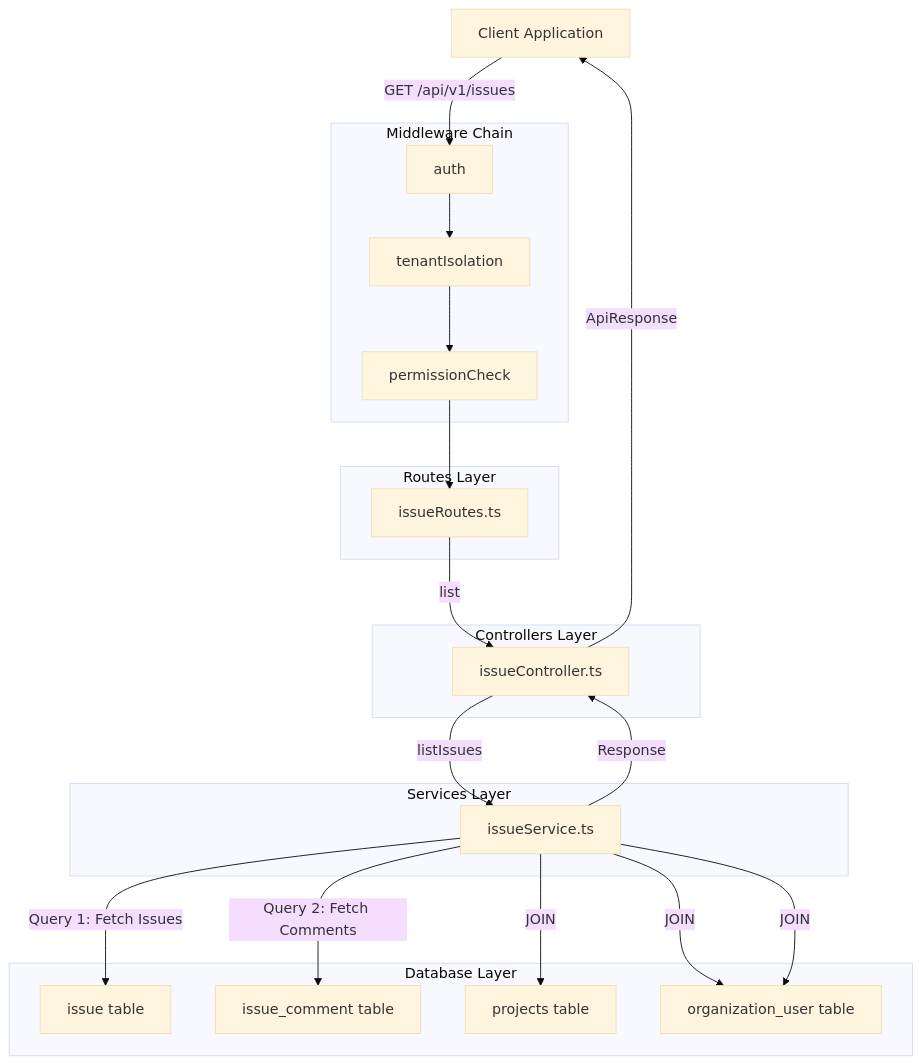
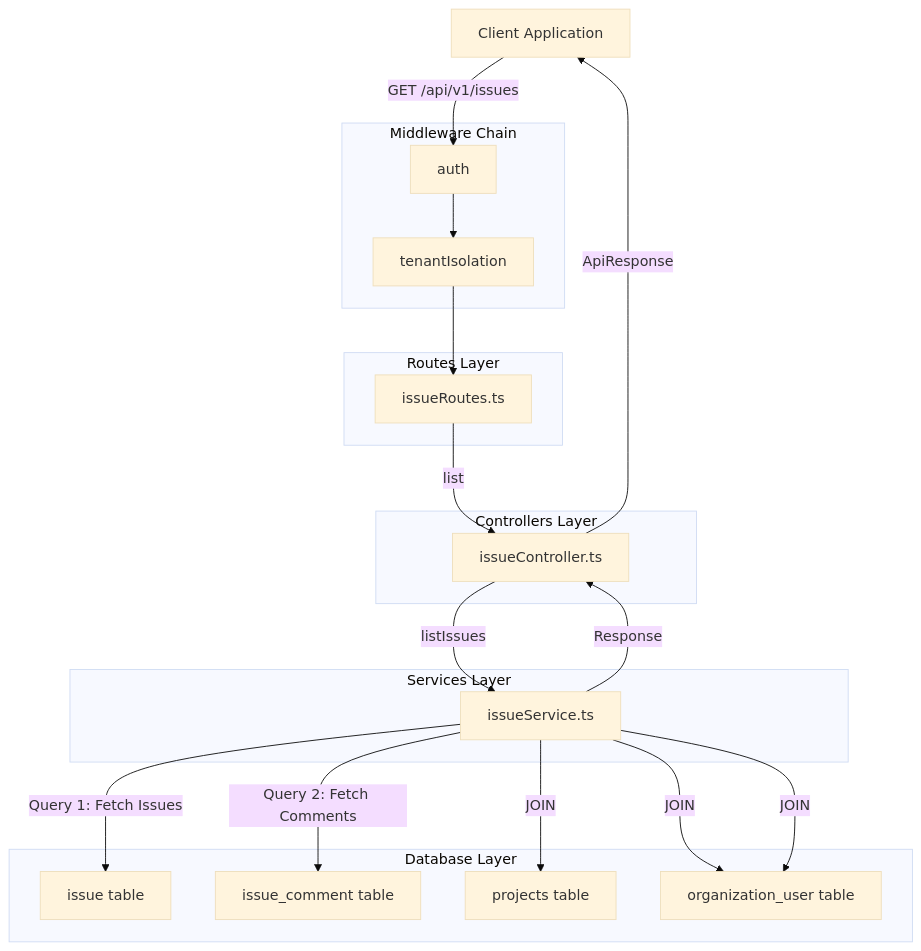
One commit to HisashiShimada/AlcheMia_Prod_PH2 changed the diagram in docs/.kiro/specs/issue-list-retrieval-api/design.md. Above: the diagram before and after it, drawn with Mermaid (base theme). The commit also changed other lines of this file and 14 other files, not shown here.

````diff
--- a/docs/.kiro/specs/issue-list-retrieval-api/design.md
+++ b/docs/.kiro/specs/issue-list-retrieval-api/design.md
@@ -66,43 +66,41 @@
 ```mermaid
 graph TB
     Client[Client Application]
     
     subgraph "Middleware Chain"
         Auth[auth]
         Tenant[tenantIsolation]
-        Perm[permissionCheck]
     end
     
     subgraph "Routes Layer"
         IssueRoutes[issueRoutes.ts]
     end
     
     subgraph "Controllers Layer"
         IssueController[issueController.ts]
     end
     
     subgraph "Services Layer"
         IssueService[issueService.ts]
     end
     
     subgraph "Database Layer"
         IssueTable[issue table]
         CommentTable[issue_comment table]
         ProjectTable[projects table]
         UserTable[organization_user table]
     end
     
     Client -->|GET /api/v1/issues| Auth
     Auth --> Tenant
-    Tenant --> Perm
-    Perm --> IssueRoutes
+    Tenant --> IssueRoutes
     IssueRoutes -->|list| IssueController
     IssueController -->|listIssues| IssueService
     IssueService -->|Query 1: Fetch Issues| IssueTable
     IssueService -->|JOIN| ProjectTable
     IssueService -->|JOIN| UserTable
     IssueService -->|Query 2: Fetch Comments| CommentTable
     IssueService -->|JOIN| UserTable
     IssueService -->|Response| IssueController
     IssueController -->|ApiResponse| Client
 ```
````
